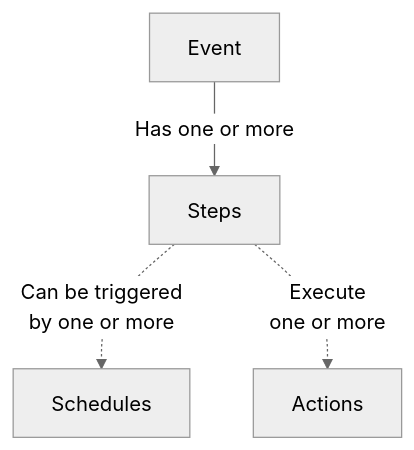
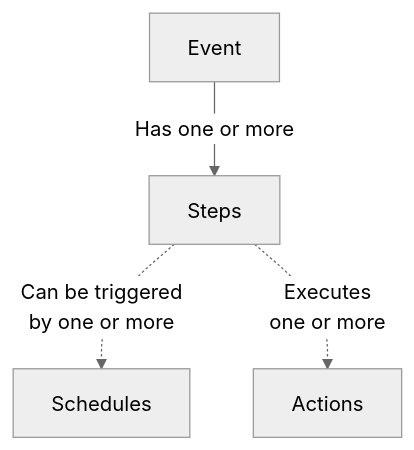
Before and after one commit to m3101-collab/ASDirect-Bot: the second of 2 diagrams in docs/Overview.md, drawn with Mermaid (neutral theme). The commit also changed other lines of this file, not shown here.

````diff
--- a/docs/Overview.md
+++ b/docs/Overview.md
@@ -81,11 +96,11 @@
 ```mermaid
 flowchart TB
     A[Event]
     B[Steps]
     C[Schedules]
     D[Actions]
 
     A--Has one or more-->B
     B-.Can be triggered<br>by one or more.->C
-    B-.Execute<br>one or more.->D
+    B-.Executes<br>one or more.->D
 ```
````
